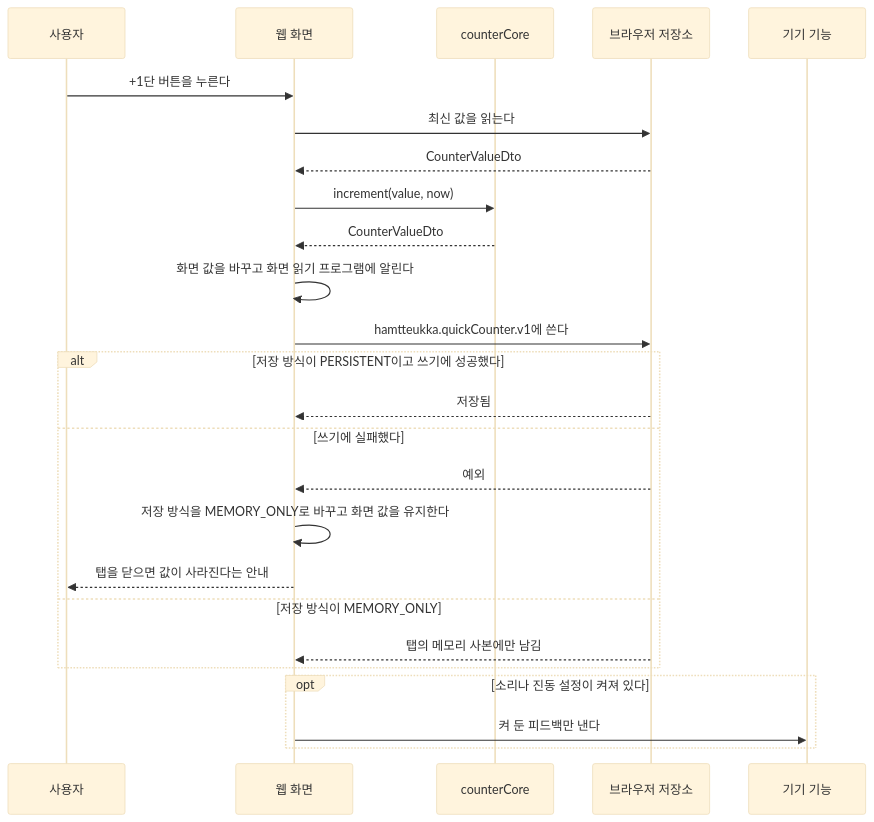
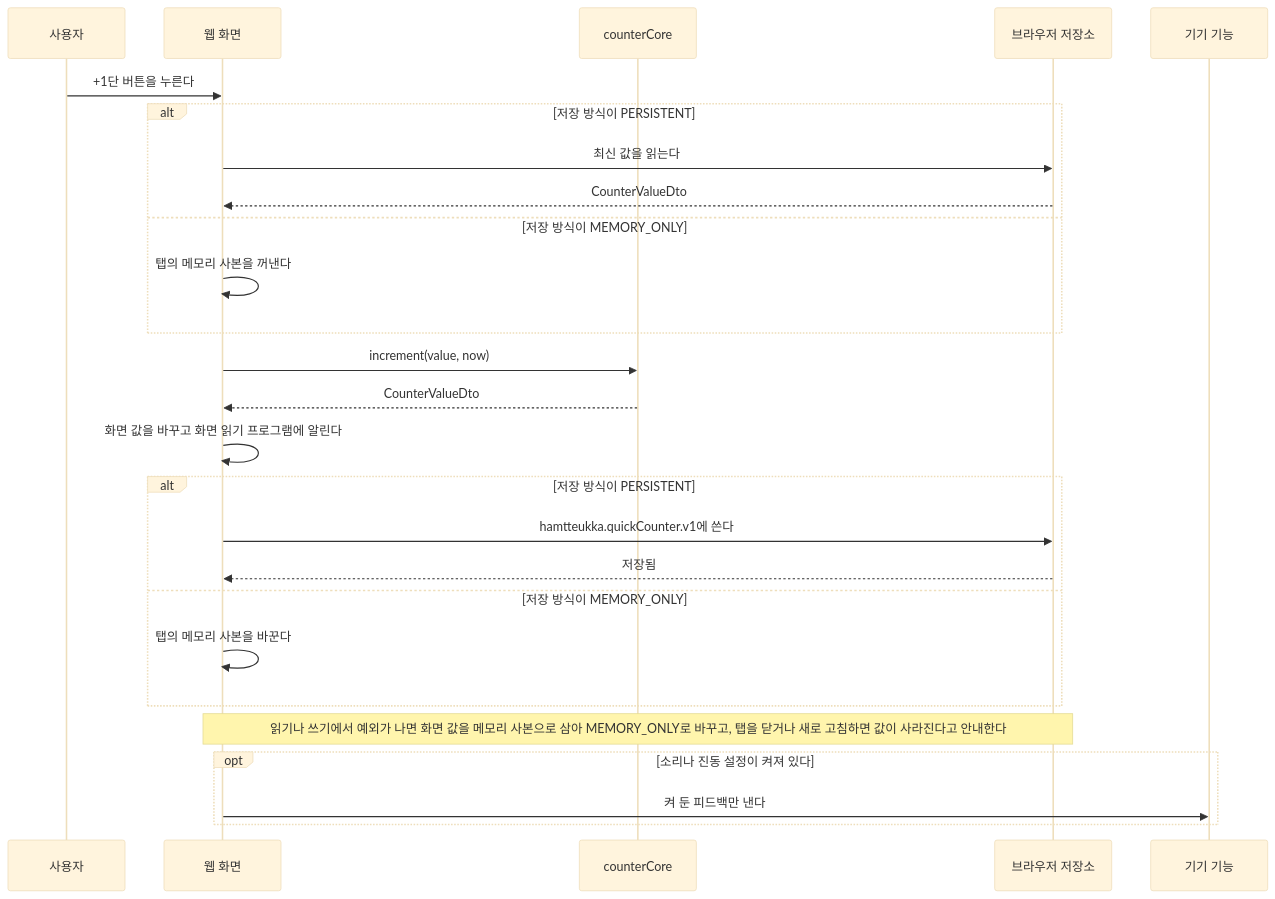
Before and after one commit to god3v/hamtteukka: the first of 6 diagrams in docs/specs/003-row-counter/design/sequence.md, drawn with Mermaid (base theme). The commit also changed other lines of this file and 2 other files, not shown here.

Commit message:
docs: CodeRabbit 리뷰 반영 - 저장소 읽기 예외, storage 이벤트, 되돌리기 확인 규칙 보완 (#18)

````diff
--- a/docs/specs/003-row-counter/design/sequence.md
+++ b/docs/specs/003-row-counter/design/sequence.md
@@ -27,27 +27,28 @@
 ```mermaid
 sequenceDiagram
   participant User as 사용자
   participant Web as 웹 화면
   participant Core as counterCore
   participant Store as 브라우저 저장소
   participant Device as 기기 기능
   User->>Web: +1단 버튼을 누른다
-  Web->>Store: 최신 값을 읽는다
-  Store-->>Web: CounterValueDto
+  alt 저장 방식이 PERSISTENT
+    Web->>Store: 최신 값을 읽는다
+    Store-->>Web: CounterValueDto
+  else 저장 방식이 MEMORY_ONLY
+    Web->>Web: 탭의 메모리 사본을 꺼낸다
+  end
   Web->>Core: increment(value, now)
   Core-->>Web: CounterValueDto
   Web->>Web: 화면 값을 바꾸고 화면 읽기 프로그램에 알린다
-  Web->>Store: hamtteukka.quickCounter.v1에 쓴다
-  alt 저장 방식이 PERSISTENT이고 쓰기에 성공했다
+  alt 저장 방식이 PERSISTENT
+    Web->>Store: hamtteukka.quickCounter.v1에 쓴다
     Store-->>Web: 저장됨
-  else 쓰기에 실패했다
-    Store-->>Web: 예외
-    Web->>Web: 저장 방식을 MEMORY_ONLY로 바꾸고 화면 값을 유지한다
-    Web-->>User: 탭을 닫으면 값이 사라진다는 안내
   else 저장 방식이 MEMORY_ONLY
-    Store-->>Web: 탭의 메모리 사본에만 남김
+    Web->>Web: 탭의 메모리 사본을 바꾼다
   end
+  Note over Web,Store: 읽기나 쓰기에서 예외가 나면 화면 값을 메모리 사본으로 삼아 MEMORY_ONLY로 바꾸고, 탭을 닫거나 새로 고침하면 값이 사라진다고 안내한다
   opt 소리나 진동 설정이 켜져 있다
     Web->>Device: 켜 둔 피드백만 낸다
   end
 ```
````
